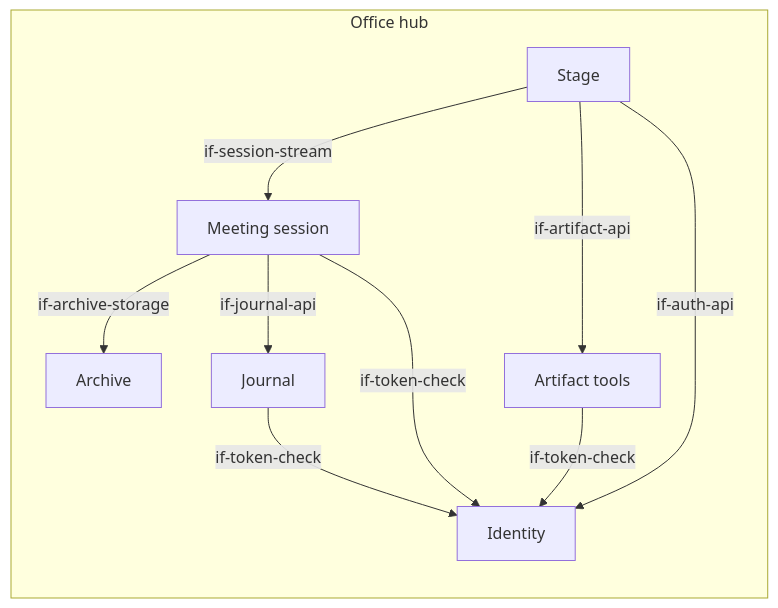
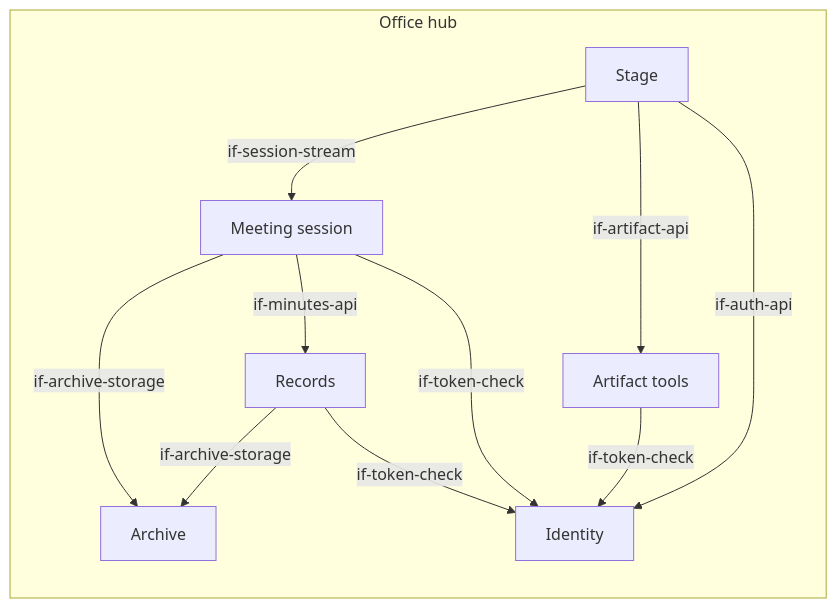
One commit to mrsimpson/agentic-office changed the second of 3 diagrams in docs/architecture/05-building-blocks.arc42.md. Above: the diagram before and after it, drawn with Mermaid. The commit also changed other lines of this file and 51 other files, not shown here.

First line of the commit message:
Records: split the journal into decisions, minutes and notes

````diff
--- a/docs/architecture/05-building-blocks.arc42.md
+++ b/docs/architecture/05-building-blocks.arc42.md
@@ -63,19 +65,20 @@
 ```mermaid
 flowchart LR
     subgraph bb_office_hub [Office hub]
         bb_archive[Archive]
         bb_artifact_service[Artifact tools]
         bb_identity[Identity]
-        bb_journal[Journal]
+        bb_records[Records]
         bb_session_service[Meeting session]
         bb_stage[Stage]
     end
     bb_artifact_service -->|if-token-check| bb_identity
-    bb_journal -->|if-token-check| bb_identity
+    bb_records -->|if-archive-storage| bb_archive
+    bb_records -->|if-token-check| bb_identity
     bb_session_service -->|if-archive-storage| bb_archive
-    bb_session_service -->|if-journal-api| bb_journal
+    bb_session_service -->|if-minutes-api| bb_records
     bb_session_service -->|if-token-check| bb_identity
     bb_stage -->|if-session-stream| bb_session_service
     bb_stage -->|if-artifact-api| bb_artifact_service
     bb_stage -->|if-auth-api| bb_identity
 ```
````
